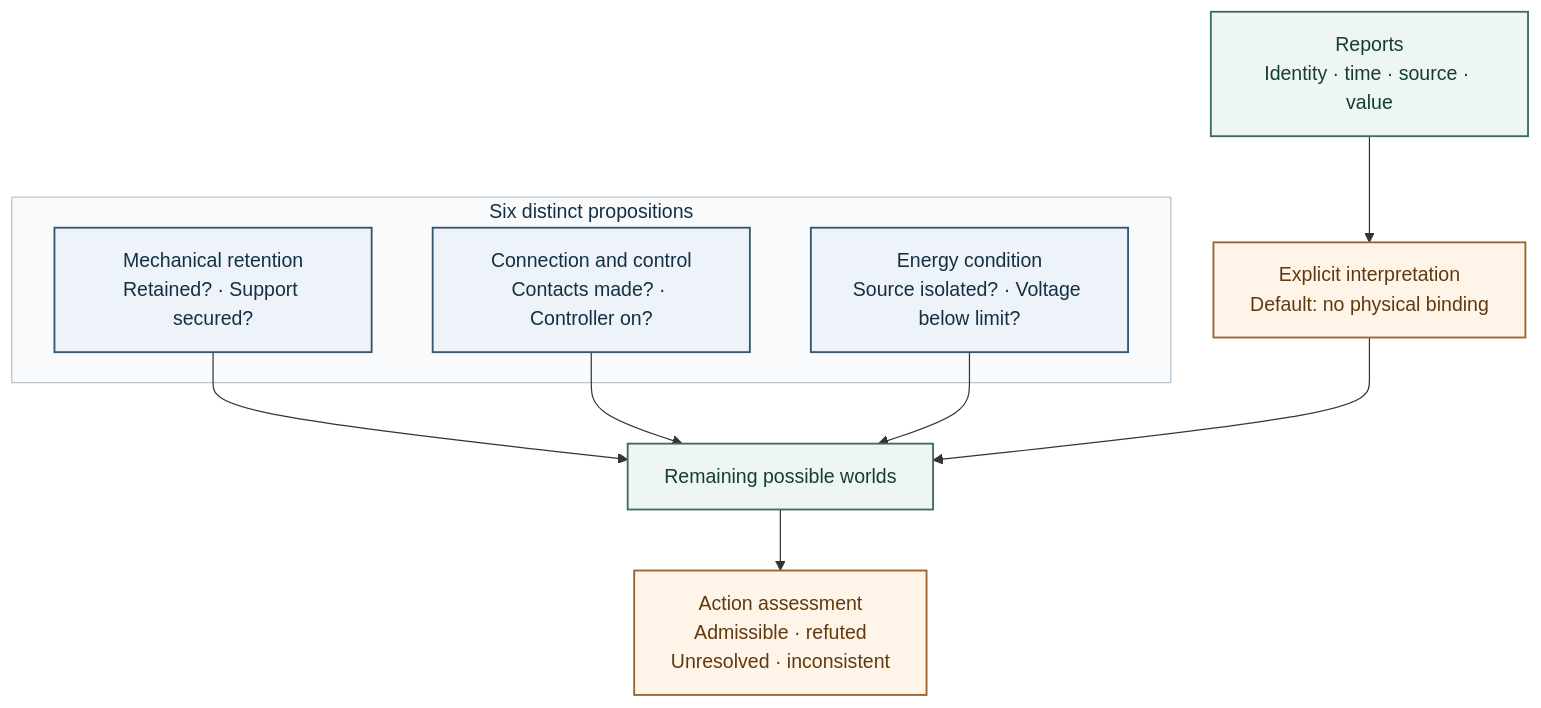
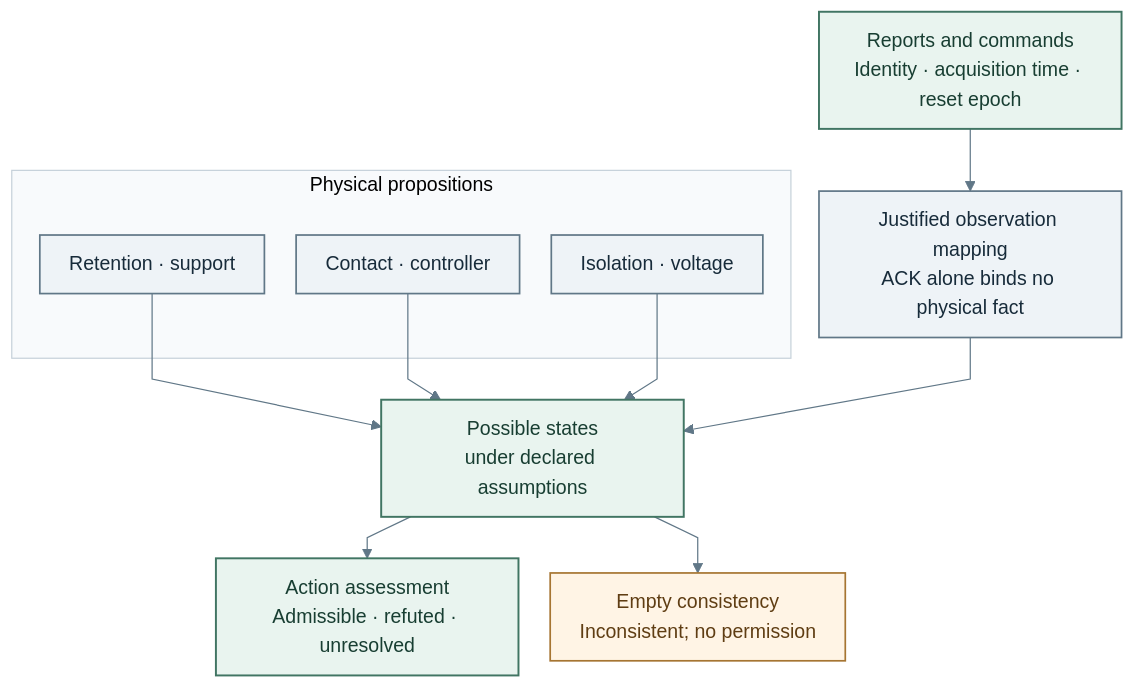
Before and after one commit to manfromnowhere143/cartan: the first of 4 diagrams in README.md, drawn with Mermaid. The commit also changed other lines of this file and 51 other files, not shown here.

Commit message:
Update research story, diagrams and integrated continuation records

````diff
--- a/README.md
+++ b/README.md
@@ -38,23 +54,46 @@
 ```mermaid
+---
+config:
+  theme: base
+  look: classic
+  fontFamily: Arial
+  themeVariables:
+    fontFamily: Arial
+    fontSize: 16px
+    primaryColor: "#eef3f7"
+    primaryTextColor: "#172b3a"
+    primaryBorderColor: "#607787"
+    lineColor: "#607787"
+    clusterBkg: "#f8fafc"
+    clusterBorder: "#c6d1da"
+    edgeLabelBackground: "#ffffff"
+  flowchart:
+    curve: linear
+    nodeSpacing: 26
+    rankSpacing: 34
+    padding: 12
+    htmlLabels: true
+---
 flowchart TB
-    accTitle: Distinct facts behind an interrupted exchange
-    accDescr: Mechanical, connection and energy propositions remain separate. Reports constrain possible worlds only through an explicit interpretation. Command acknowledgements alone provide no physical binding.
-    subgraph FACTS["Six distinct propositions"]
-        M["Mechanical retention<br/>Retained? · Support secured?"]
-        C["Connection and control<br/>Contacts made? · Controller on?"]
-        E["Energy condition<br/>Source isolated? · Voltage below limit?"]
+    accTitle: Evidence separates six physical propositions
+    accDescr: Mechanical retention and support, contact and controller state, isolation and voltage remain distinct. Reports constrain possible states only through justified observation mappings. Action assessment is separate from bounded recovery.
+    subgraph FACTS["Physical propositions"]
+      M["Retention · support"]
+      C["Contact · controller"]
+      E["Isolation · voltage"]
     end
-    M --> W["Remaining possible worlds"]
-    C --> W
-    E --> W
-    R["Reports<br/>Identity · time · source · value"] --> B["Explicit interpretation<br/>Default: no physical binding"]
-    B --> W
-    W --> Q["Action assessment<br/>Admissible · refuted<br/>Unresolved · inconsistent"]
-    style FACTS fill:#f8fafc,stroke:#b7c4ce,color:#142f43;
-    classDef fact fill:#edf3f8,stroke:#34566e,color:#142f43,stroke-width:1.5px;
-    classDef evidence fill:#edf6f2,stroke:#3c6c5b,color:#163e30,stroke-width:1.5px;
-    classDef boundary fill:#fff4e8,stroke:#9a6230,color:#61390f,stroke-width:1.5px;
-    class M,C,E fact;
-    class R,W evidence;
-    class B,Q boundary;
+    M --> B["Possible states<br/>under declared assumptions"]
+    C --> B
+    E --> B
+    R["Reports and commands<br/>Identity · acquisition time · reset epoch"] --> I["Justified observation mapping<br/>ACK alone binds no physical fact"]
+    I --> B
+    B --> A["Action assessment<br/>Admissible · refuted · unresolved"]
+    B --> X["Empty consistency<br/>Inconsistent; no permission"]
+    classDef model fill:#eef3f7,stroke:#607787,color:#172b3a,stroke-width:1.4px;
+    classDef evidence fill:#e9f4ef,stroke:#417563,color:#183e32,stroke-width:1.6px;
+    classDef open fill:#fff4e5,stroke:#a67532,color:#5f3d13,stroke-width:1.4px;
+    classDef future fill:#f6f8fa,stroke:#788894,color:#334b5b,stroke-dasharray:5 4;
+    class M,C,E,I model;
+    class R,B,A evidence;
+    class X open;
 ```
````
